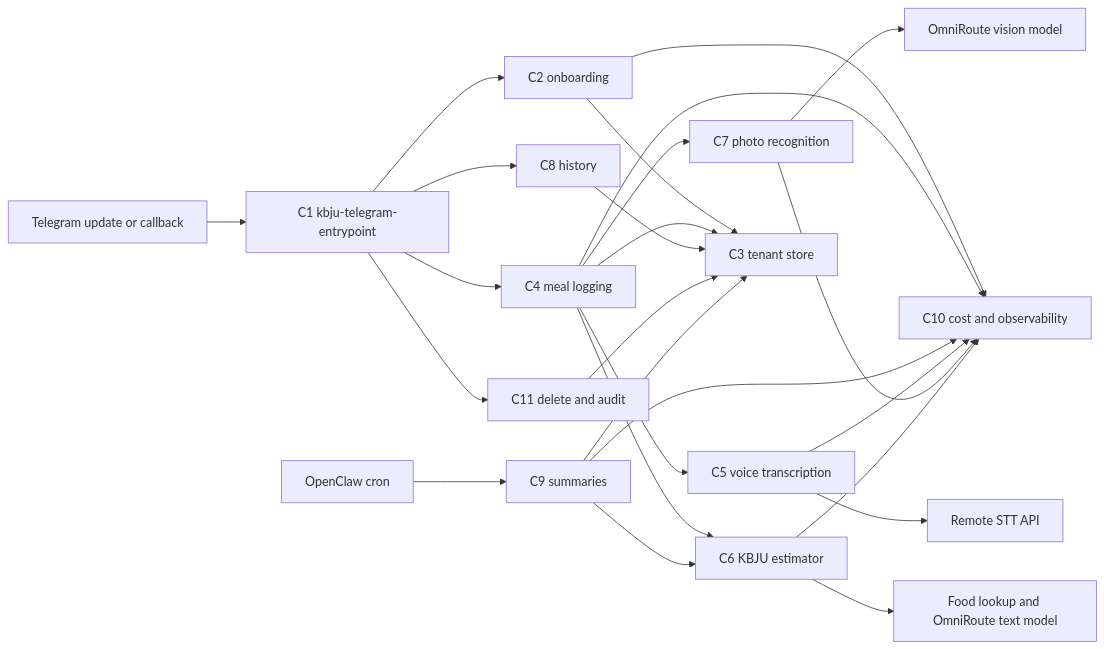
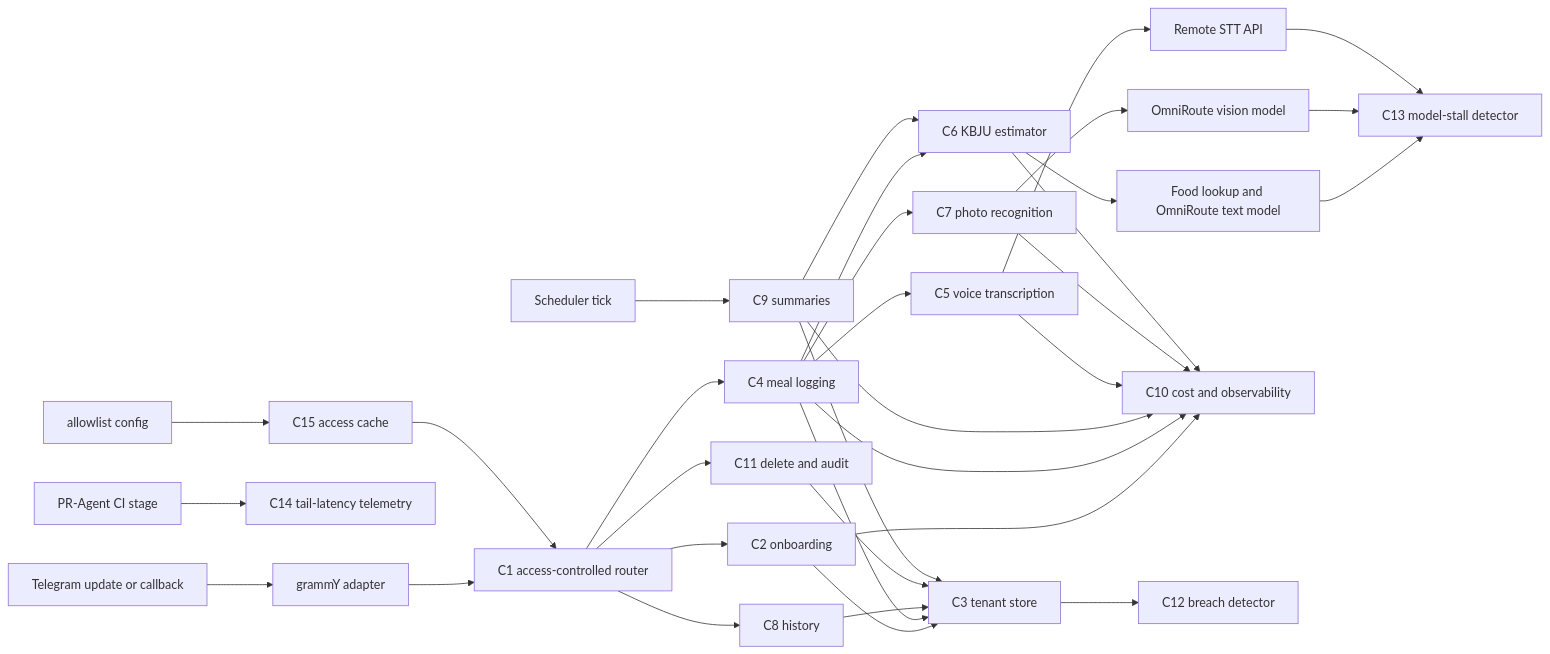
The diagram in docs/architecture/ARCH-001-kbju-coach-v0-1.md (OpenClown-bot/openclown-assistant), drawn with Mermaid before and after one commit. The commit also changed other lines of this file and 9 other files, not shown here.

Commit message:
ARCH-001@0.5.0: Architect-1 GPT-5.5 xHigh design (includes 6 out-of-write-zone changes pending DO triage)

````diff
--- a/docs/architecture/ARCH-001-kbju-coach-v0-1.md
+++ b/docs/architecture/ARCH-001-kbju-coach-v0-1.md
@@ -245,27 +269,35 @@
 ```mermaid
 graph LR
-  A[Telegram update or callback] --> B[C1 kbju-telegram-entrypoint]
+  A[Telegram update or callback] --> Z[grammY adapter]
+  Z --> B[C1 access-controlled router]
   B --> C[C2 onboarding]
   B --> D[C4 meal logging]
   B --> E[C8 history]
   B --> F[C11 delete and audit]
-  G[OpenClaw cron] --> H[C9 summaries]
+  G[Scheduler tick] --> H[C9 summaries]
   D --> I[C5 voice transcription]
   D --> J[C7 photo recognition]
   D --> K[C6 KBJU estimator]
   H --> K
   C --> L[C3 tenant store]
   D --> L
   E --> L
   F --> L
   H --> L
   I --> M[Remote STT API]
   J --> N[OmniRoute vision model]
   K --> O[Food lookup and OmniRoute text model]
   C --> P[C10 cost and observability]
   D --> P
   H --> P
   I --> P
   J --> P
   K --> P
+  L --> Q[C12 breach detector]
+  O --> R[C13 model-stall detector]
+  N --> R
+  M --> R
+  S[PR-Agent CI stage] --> T[C14 tail-latency telemetry]
+  U[allowlist config] --> V[C15 access cache]
+  V --> B
 ```
````
